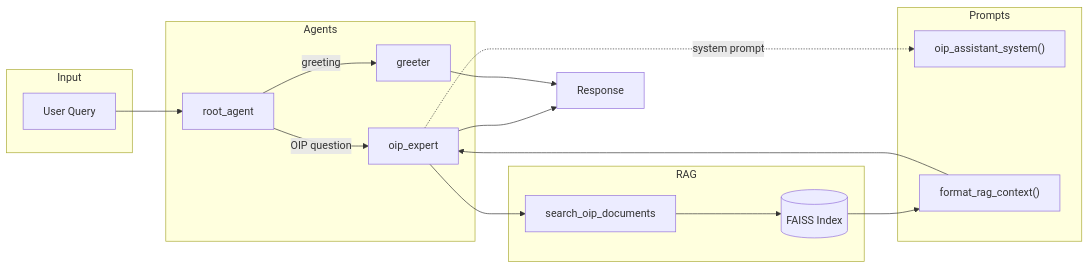
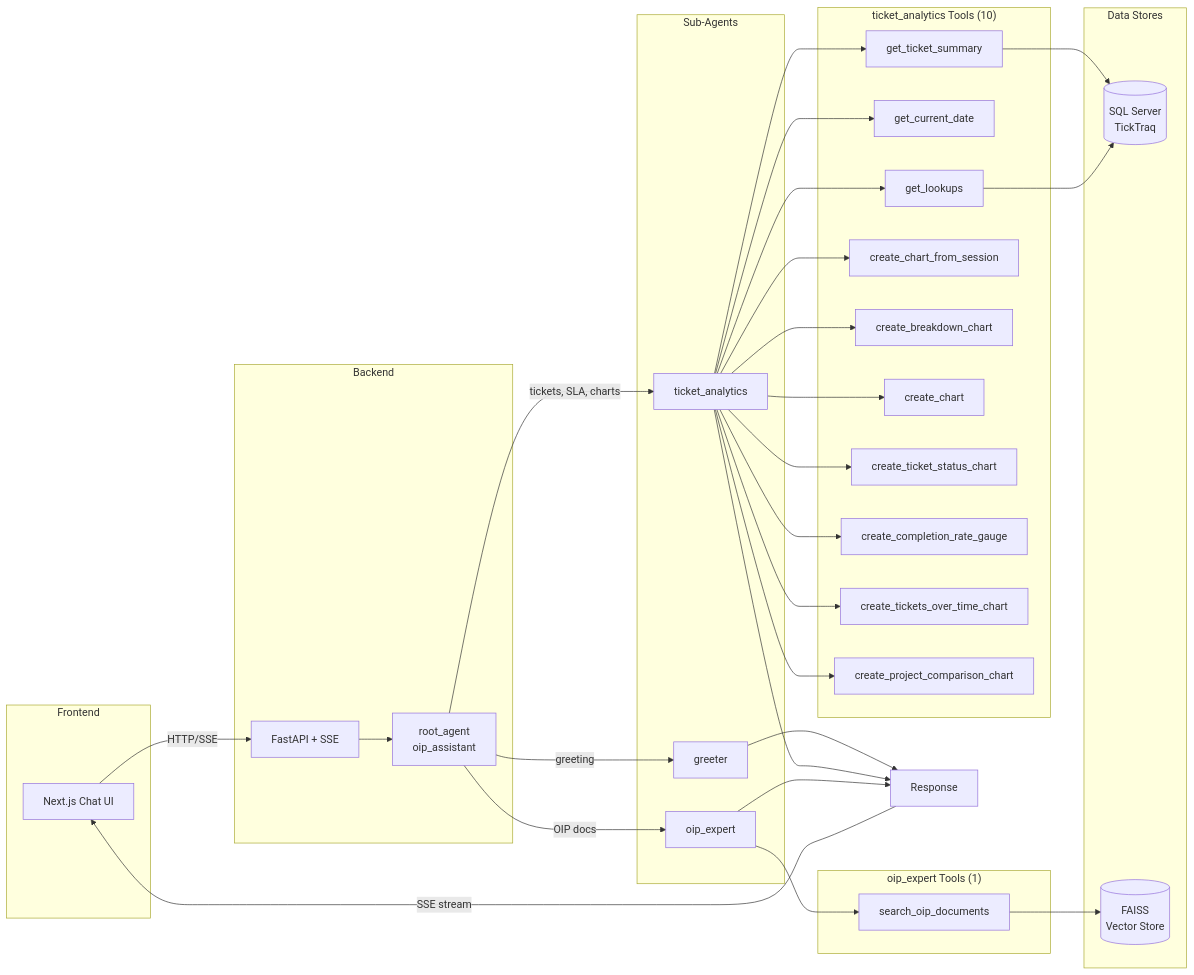
Before and after one commit to Areeb297/oip_chat_agent: the diagram in README.md, drawn with Mermaid. The commit also changed other lines of this file and 1 other file, not shown here.

First line of the commit message:
Revise README.md to reflect comprehensive updates to the OIP chatbot

````diff
--- a/README.md
+++ b/README.md
@@ -54,33 +64,57 @@
 ```mermaid
 flowchart LR
-    subgraph Input
-        Q[User Query]
+    subgraph Frontend
+        UI[Next.js Chat UI]
     end
 
-    subgraph Agents
-        RA[root_agent]
-        OE[oip_expert]
-        GR[greeter]
+    subgraph Backend
+        API[FastAPI + SSE]
+        RA[root_agent<br/>oip_assistant]
     end
 
-    subgraph Prompts
-        SYS["oip_assistant_system()"]
-        FMT["format_rag_context()"]
+    subgraph Sub-Agents
+        GR[greeter]
+        TA[ticket_analytics]
+        OE[oip_expert]
     end
 
-    subgraph RAG
-        TOOL[search_oip_documents]
-        FAISS[(FAISS Index)]
+    subgraph "ticket_analytics Tools (10)"
+        DB[get_ticket_summary]
+        DATE[get_current_date]
+        LOOK[get_lookups]
+        CSC[create_chart_from_session]
+        CBD[create_breakdown_chart]
+        CC[create_chart]
+        CTSC[create_ticket_status_chart]
+        CRG[create_completion_rate_gauge]
+        CTOT[create_tickets_over_time_chart]
+        CPC[create_project_comparison_chart]
     end
 
-    Q --> RA
+    subgraph "oip_expert Tools (1)"
+        RAG[search_oip_documents]
+    end
+
+    subgraph Data Stores
+        SQL[(SQL Server<br/>TickTraq)]
+        FAISS[(FAISS<br/>Vector Store)]
+    end
+
+    UI -->|HTTP/SSE| API
+    API --> RA
     RA -->|greeting| GR
-    RA -->|OIP question| OE
-    OE -.->|system prompt| SYS
-    OE --> TOOL
-    TOOL --> FAISS
-    FAISS --> FMT
-    FMT --> OE
-    OE --> ANS[Response]
-    GR --> ANS
+    RA -->|tickets, SLA, charts| TA
+    RA -->|OIP docs| OE
+
+    TA --> DB & DATE & LOOK & CSC & CBD & CC & CTSC & CRG & CTOT & CPC
+    DB --> SQL
+    LOOK --> SQL
+
+    OE --> RAG
+    RAG --> FAISS
+
+    GR --> ANS[Response]
+    TA --> ANS
+    OE --> ANS
+    ANS -->|SSE stream| UI
 ```
````
